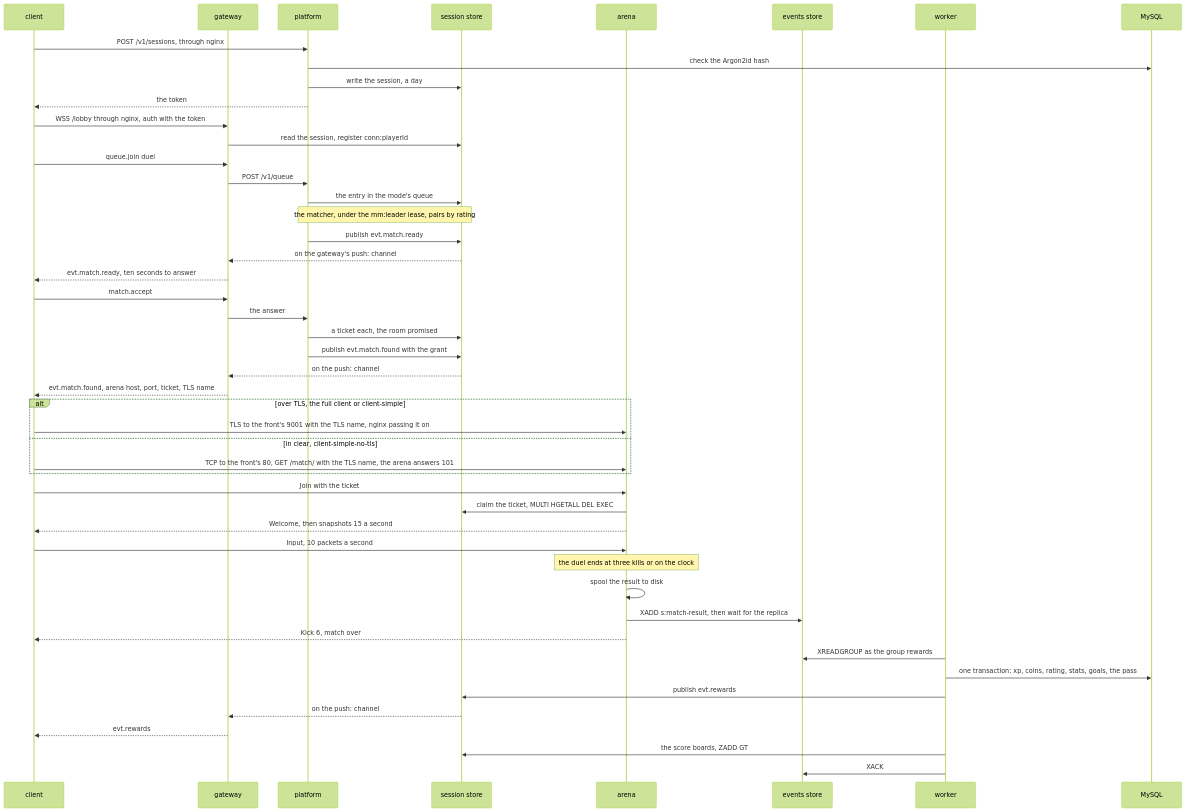
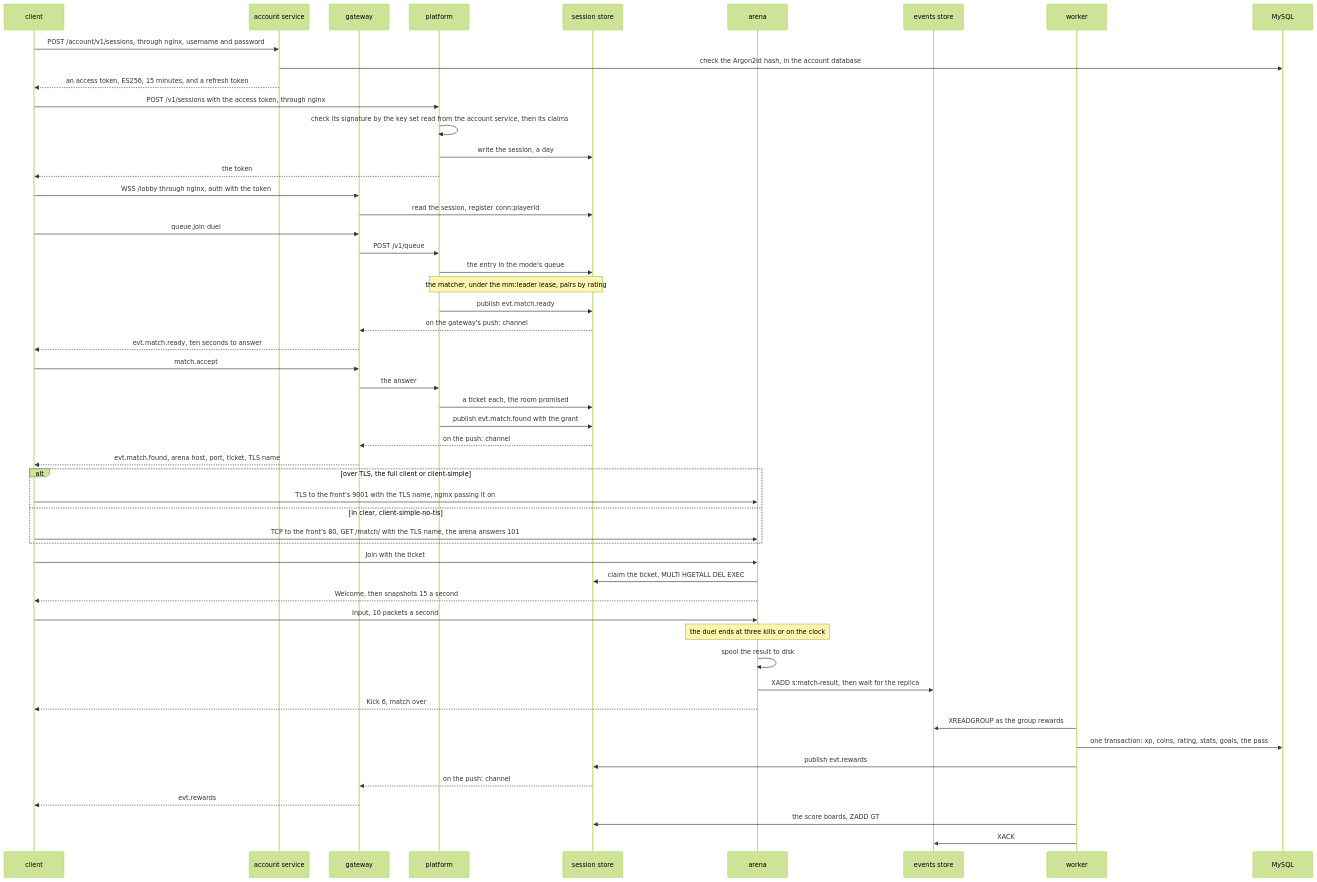
Before and after one commit to greensoft-atom/depio-simulation-platform: the fourth of 6 diagrams in docs/diagrams/01-system.md, drawn with Mermaid (forest theme). The commit also changed other lines of this file and 21 other files, not shown here.

First line of the commit message:
docs: the account service on every page that names the processes, the ports or the routes; item 142 (g), D-117, done

````diff
--- a/docs/diagrams/01-system.md
+++ b/docs/diagrams/01-system.md
@@ -179,50 +190,54 @@
 ```mermaid
 sequenceDiagram
     participant P as client
+    participant AC as account service
     participant G as gateway
     participant PL as platform
     participant S as session store
     participant A as arena
     participant E as events store
     participant W as worker
     participant M as MySQL
-    P->>PL: POST /v1/sessions, through nginx
-    PL->>M: check the Argon2id hash
+    P->>AC: POST /account/v1/sessions, through nginx, username and password
+    AC->>M: check the Argon2id hash, in the account database
+    AC-->>P: an access token, ES256, 15 minutes, and a refresh token
+    P->>PL: POST /v1/sessions with the access token, through nginx
+    PL->>PL: check its signature by the key set read from the account service, then its claims
     PL->>S: write the session, a day
     PL-->>P: the token
     P->>G: WSS /lobby through nginx, auth with the token
     G->>S: read the session, register conn:playerId
     P->>G: queue.join duel
     G->>PL: POST /v1/queue
     PL->>S: the entry in the mode's queue
     Note over PL,S: the matcher, under the mm:leader lease, pairs by rating
     PL->>S: publish evt.match.ready
     S-->>G: on the gateway's push: channel
     G-->>P: evt.match.ready, ten seconds to answer
     P->>G: match.accept
     G->>PL: the answer
     PL->>S: a ticket each, the room promised
     PL->>S: publish evt.match.found with the grant
     S-->>G: on the push: channel
     G-->>P: evt.match.found, arena host, port, ticket, TLS name
     alt over TLS, the full client or client-simple
         P->>A: TLS to the front's 9001 with the TLS name, nginx passing it on
     else in clear, client-simple-no-tls
         P->>A: TCP to the front's 80, GET /match/ with the TLS name, the arena answers 101
     end
     P->>A: Join with the ticket
     A->>S: claim the ticket, MULTI HGETALL DEL EXEC
     A-->>P: Welcome, then snapshots 15 a second
     P->>A: Input, 10 packets a second
     Note over A: the duel ends at three kills or on the clock
     A->>A: spool the result to disk
     A->>E: XADD s:match-result, then wait for the replica
     A-->>P: Kick 6, match over
     W->>E: XREADGROUP as the group rewards
     W->>M: one transaction: xp, coins, rating, stats, goals, the pass
     W->>S: publish evt.rewards
     S-->>G: on the push: channel
     G-->>P: evt.rewards
     W->>S: the score boards, ZADD GT
     W->>E: XACK
 ```
````
